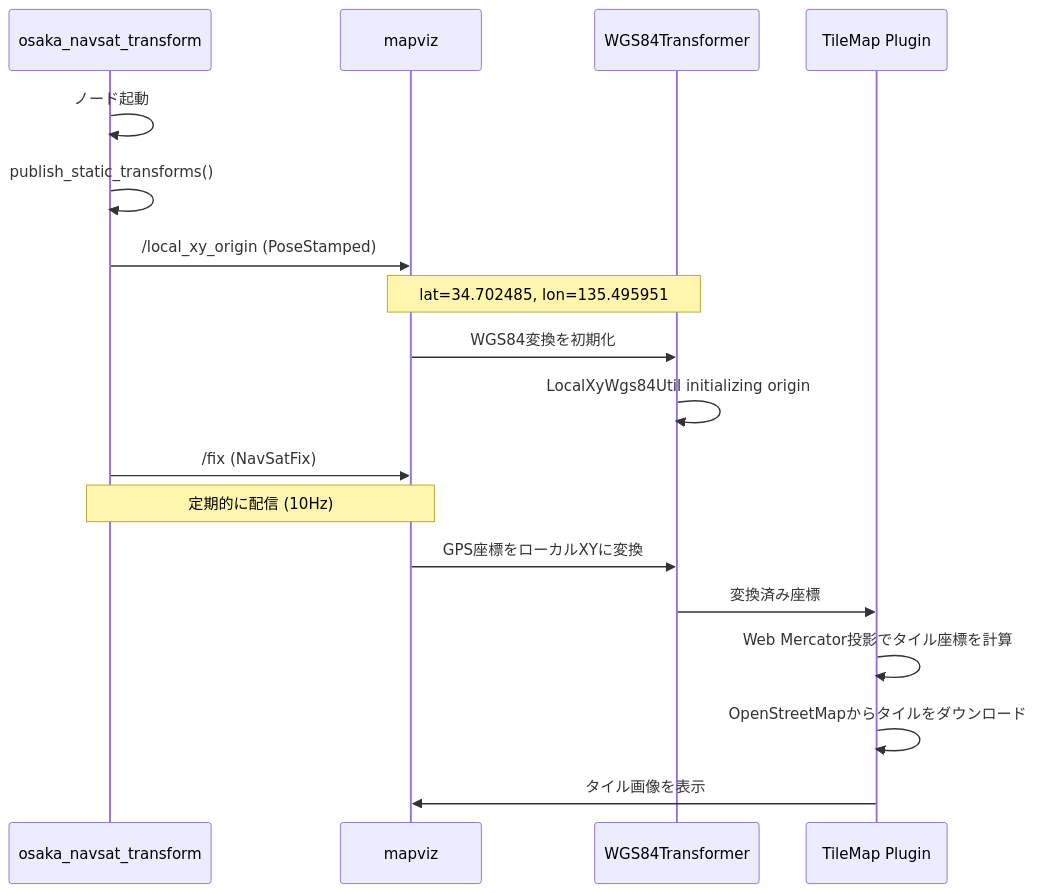
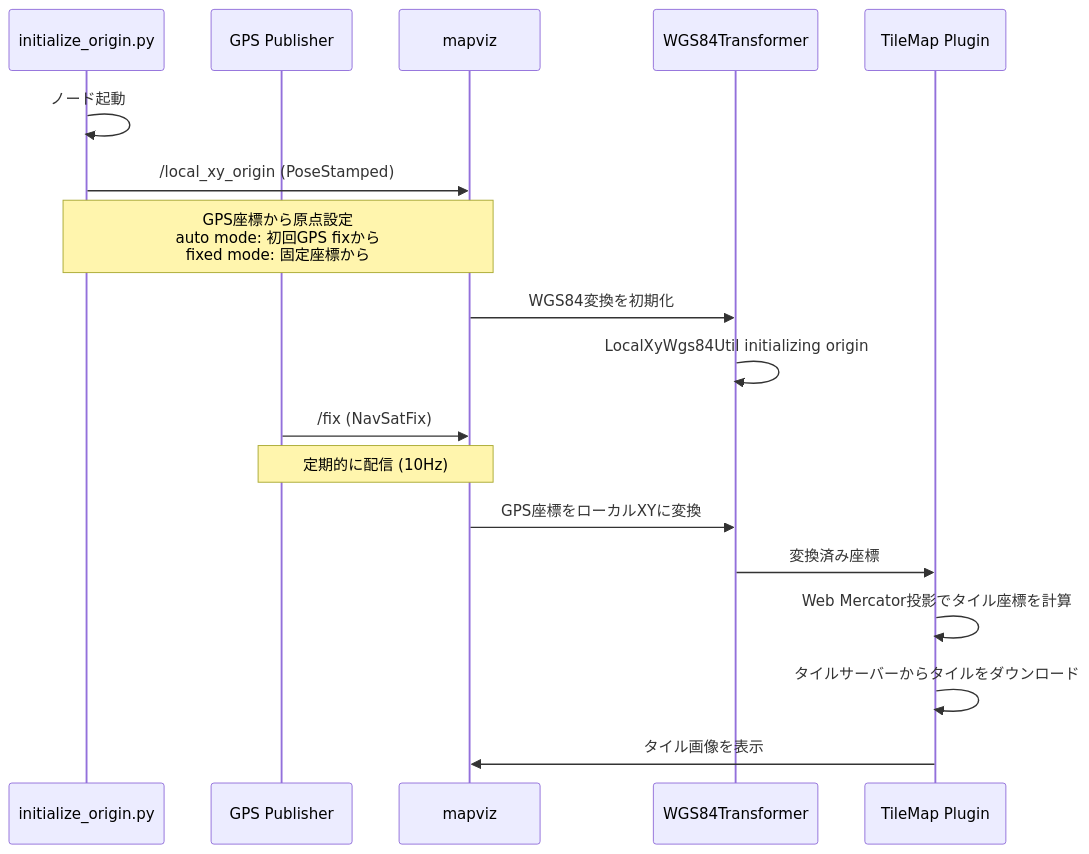
One commit to sato-susumu/mapviz_sample changed the third of 6 diagrams in genai_docs/MAPVIZ_TILE_DISPLAY_GUIDE.md. Above: the diagram before and after it, drawn with Mermaid. The commit also changed other lines of this file and 6 other files, not shown here.

````diff
--- a/genai_docs/MAPVIZ_TILE_DISPLAY_GUIDE.md
+++ b/genai_docs/MAPVIZ_TILE_DISPLAY_GUIDE.md
@@ -55,24 +53,24 @@
 ```mermaid
 sequenceDiagram
-    participant N as osaka_navsat_transform
+    participant I as initialize_origin.py
+    participant G as GPS Publisher
     participant M as mapviz
     participant W as WGS84Transformer
     participant T as TileMap Plugin
 
-    N->>N: ノード起動
-    N->>N: publish_static_transforms()
-    N->>M: /local_xy_origin (PoseStamped)
-    Note over M,W: lat=34.702485, lon=135.495951
+    I->>I: ノード起動
+    I->>M: /local_xy_origin (PoseStamped)
+    Note over I,M: GPS座標から原点設定<br/>auto mode: 初回GPS fixから<br/>fixed mode: 固定座標から
 
     M->>W: WGS84変換を初期化
     W->>W: LocalXyWgs84Util initializing origin
 
-    N->>M: /fix (NavSatFix)
-    Note over N,M: 定期的に配信 (10Hz)
+    G->>M: /fix (NavSatFix)
+    Note over G,M: 定期的に配信 (10Hz)
 
     M->>W: GPS座標をローカルXYに変換
     W->>T: 変換済み座標
     T->>T: Web Mercator投影でタイル座標を計算
-    T->>T: OpenStreetMapからタイルをダウンロード
+    T->>T: タイルサーバーからタイルをダウンロード
     T->>M: タイル画像を表示
 ```
````
